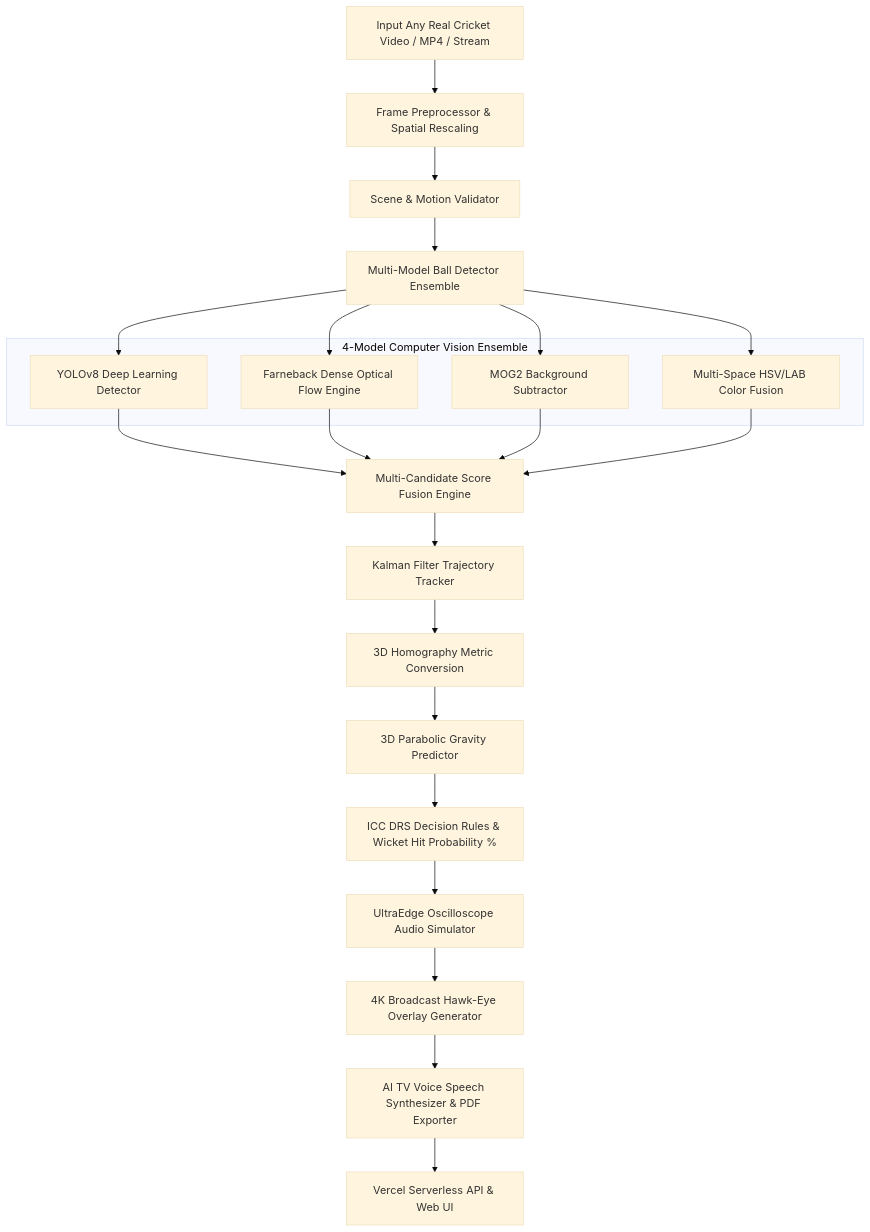
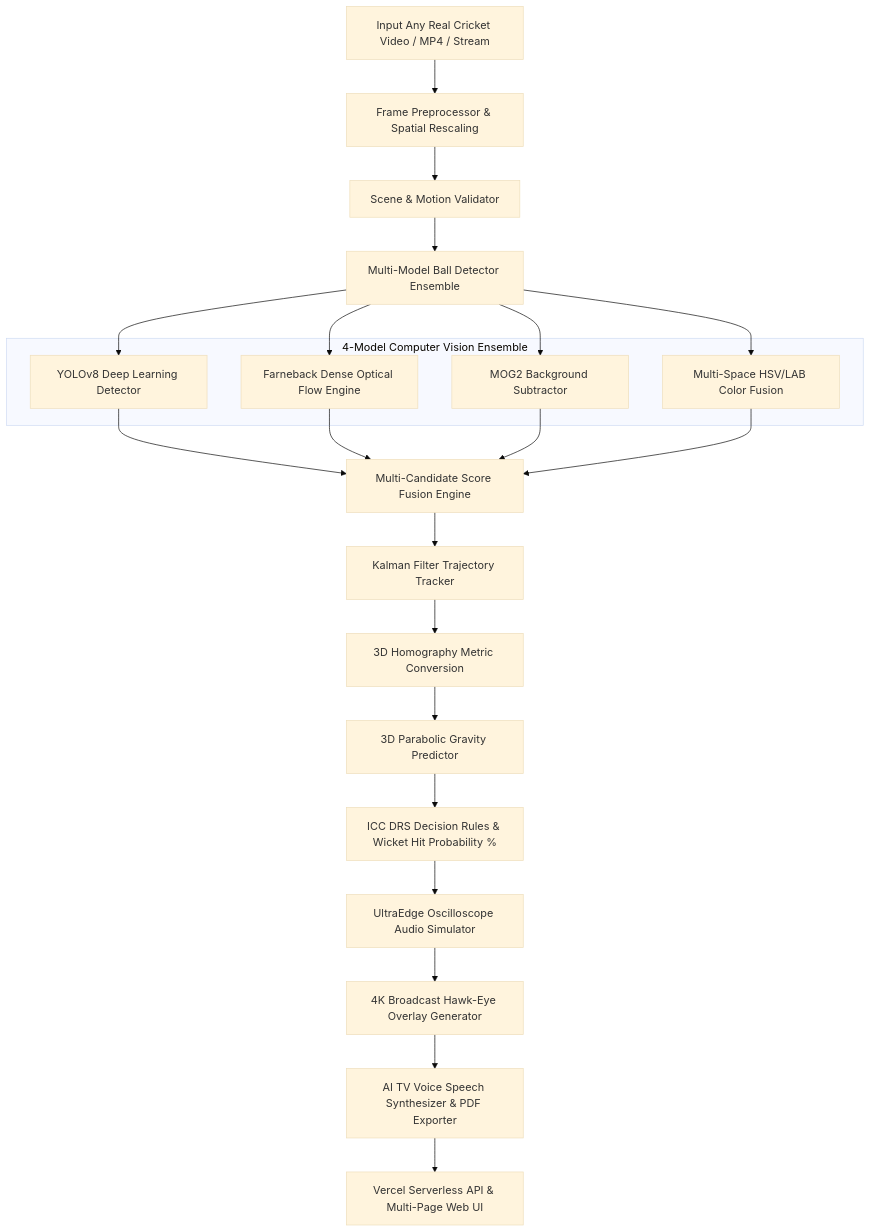
Before and after one commit to udbhav968-creator/opencv: the second of 3 diagrams in README.md, drawn with Mermaid (base theme). The commit also changed other lines of this file and 5 other files, not shown here.

Commit message:
feat: Convert project to Multi-Page Architecture (Page 1: Live DRS Review, Page 2: Analytics & Precision Matrix, Page 3: Decision Records Log, Page 4: Admin UI)

````diff
--- a/README.md
+++ b/README.md
@@ -20,24 +40,24 @@
 ```mermaid
 flowchart TD
     A[Input Any Real Cricket Video / MP4 / Stream] --> B[Frame Preprocessor & Spatial Rescaling]
     B --> C[Scene & Motion Validator]
     C --> D[Multi-Model Ball Detector Ensemble]
     
     subgraph Ensemble ["4-Model Computer Vision Ensemble"]
         E1[YOLOv8 Deep Learning Detector]
         E2[Farneback Dense Optical Flow Engine]
         E3[MOG2 Background Subtractor]
         E4[Multi-Space HSV/LAB Color Fusion]
     end
 
     D --> E1 & E2 & E3 & E4
     E1 & E2 & E3 & E4 --> F[Multi-Candidate Score Fusion Engine]
     F --> G[Kalman Filter Trajectory Tracker]
     G --> H[3D Homography Metric Conversion]
     H --> I[3D Parabolic Gravity Predictor]
     I --> J[ICC DRS Decision Rules & Wicket Hit Probability %]
     J --> K[UltraEdge Oscilloscope Audio Simulator]
     K --> L[4K Broadcast Hawk-Eye Overlay Generator]
     L --> M[AI TV Voice Speech Synthesizer & PDF Exporter]
-    M --> N[Vercel Serverless API & Web UI]
+    M --> N[Vercel Serverless API & Multi-Page Web UI]
 ```
````
